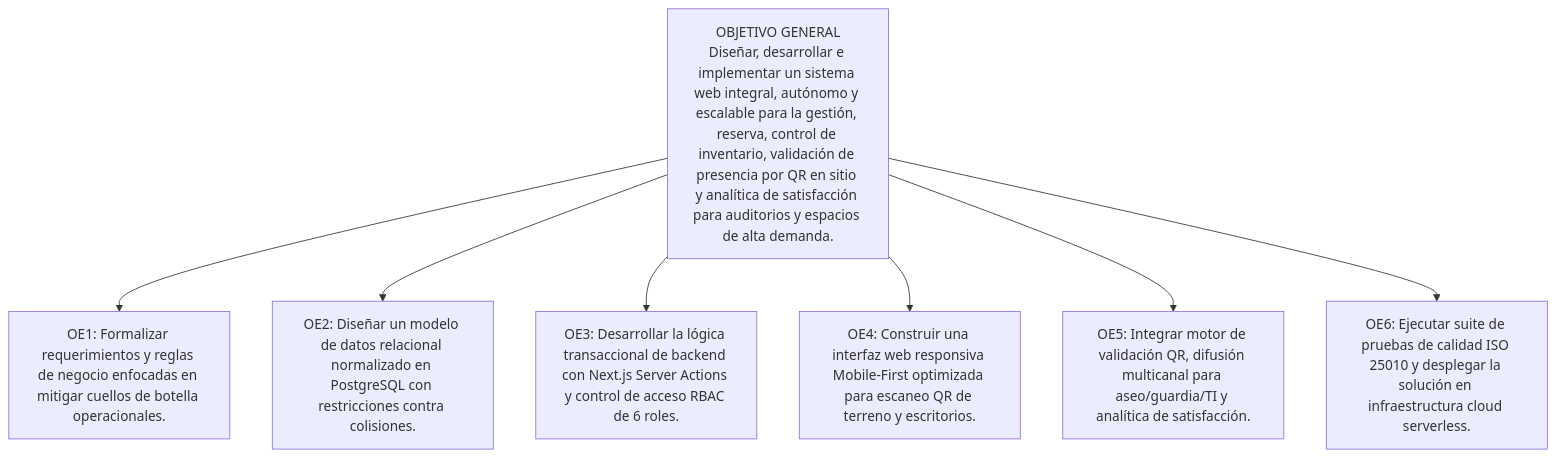
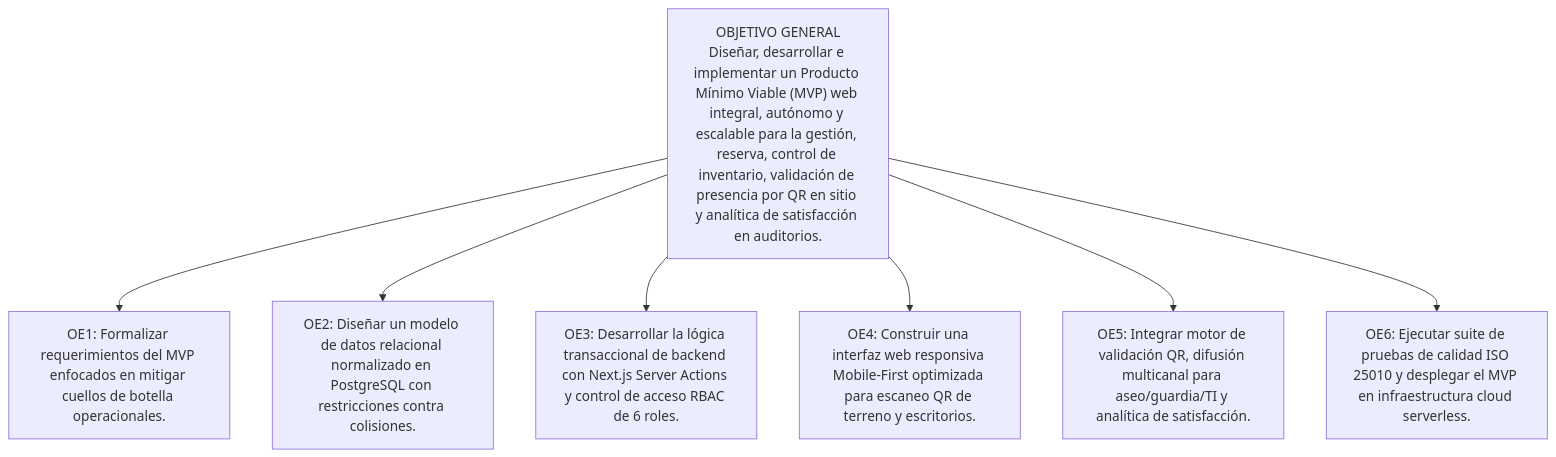
Before and after one commit to IMANDOI/sistema-gestion-auditorios-capstone: the fourth of 10 diagrams in informe_fase_1_definicion_proyecto.md, drawn with Mermaid. The commit also changed other lines of this file, not shown here.

Commit message:
docs(fase1): formalizar alcance de Producto Minimo Viable (MVP) y Roadmap (informe_fase_1_definicion_proyecto.md)

````diff
--- a/informe_fase_1_definicion_proyecto.md
+++ b/informe_fase_1_definicion_proyecto.md
@@ -190,11 +192,11 @@
 ```mermaid
 graph TD
-    OG["OBJETIVO GENERAL<br>Diseñar, desarrollar e implementar un sistema web integral, autónomo y escalable para la gestión, reserva, control de inventario, validación de presencia por QR en sitio y analítica de satisfacción para auditorios y espacios de alta demanda."]
+    OG["OBJETIVO GENERAL<br>Diseñar, desarrollar e implementar un Producto Mínimo Viable (MVP) web integral, autónomo y escalable para la gestión, reserva, control de inventario, validación de presencia por QR en sitio y analítica de satisfacción en auditorios."]
     
-    OG --> OE1["OE1: Formalizar requerimientos y reglas de negocio enfocadas en mitigar cuellos de botella operacionales."]
+    OG --> OE1["OE1: Formalizar requerimientos del MVP enfocados en mitigar cuellos de botella operacionales."]
     OG --> OE2["OE2: Diseñar un modelo de datos relacional normalizado en PostgreSQL con restricciones contra colisiones."]
     OG --> OE3["OE3: Desarrollar la lógica transaccional de backend con Next.js Server Actions y control de acceso RBAC de 6 roles."]
     OG --> OE4["OE4: Construir una interfaz web responsiva Mobile-First optimizada para escaneo QR de terreno y escritorios."]
     OG --> OE5["OE5: Integrar motor de validación QR, difusión multicanal para aseo/guardia/TI y analítica de satisfacción."]
-    OG --> OE6["OE6: Ejecutar suite de pruebas de calidad ISO 25010 y desplegar la solución en infraestructura cloud serverless."]
+    OG --> OE6["OE6: Ejecutar suite de pruebas de calidad ISO 25010 y desplegar el MVP en infraestructura cloud serverless."]
 ```
````
